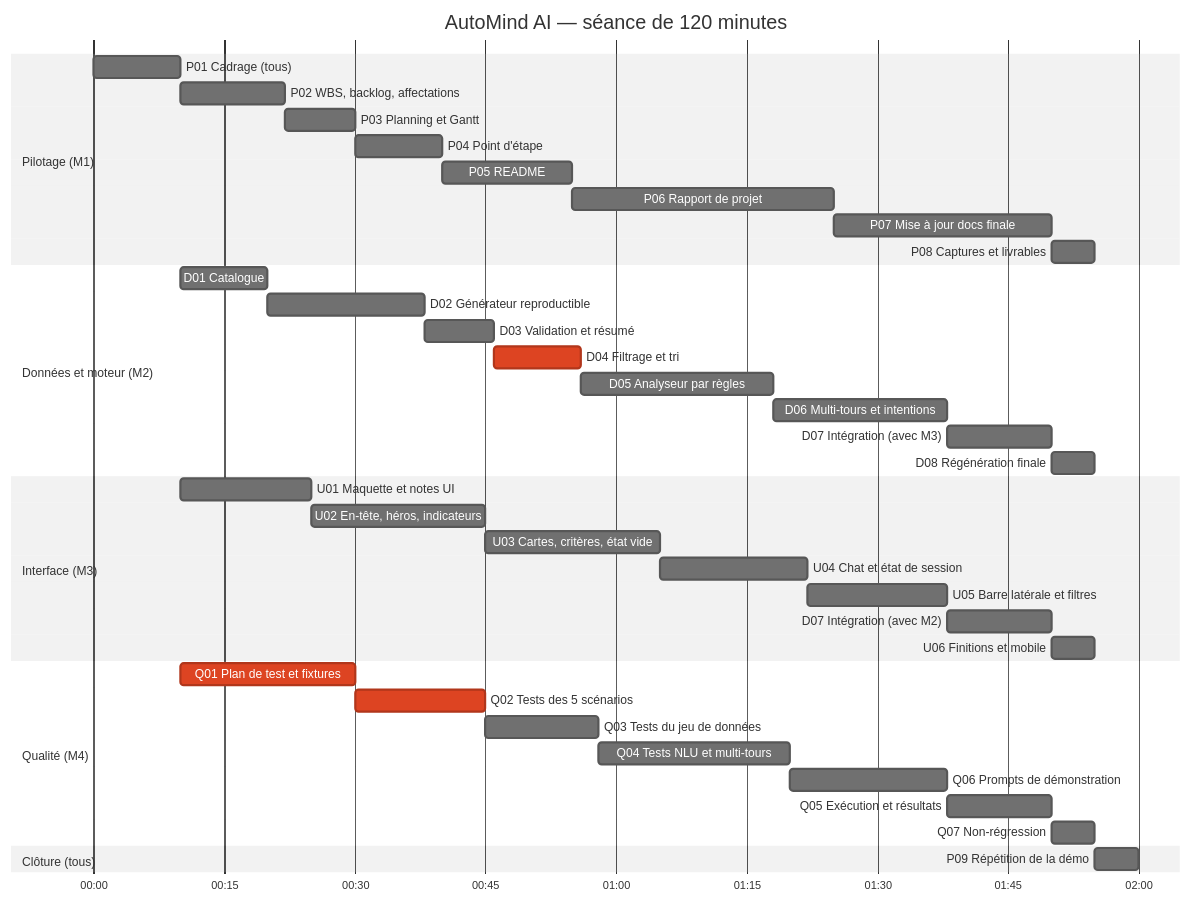
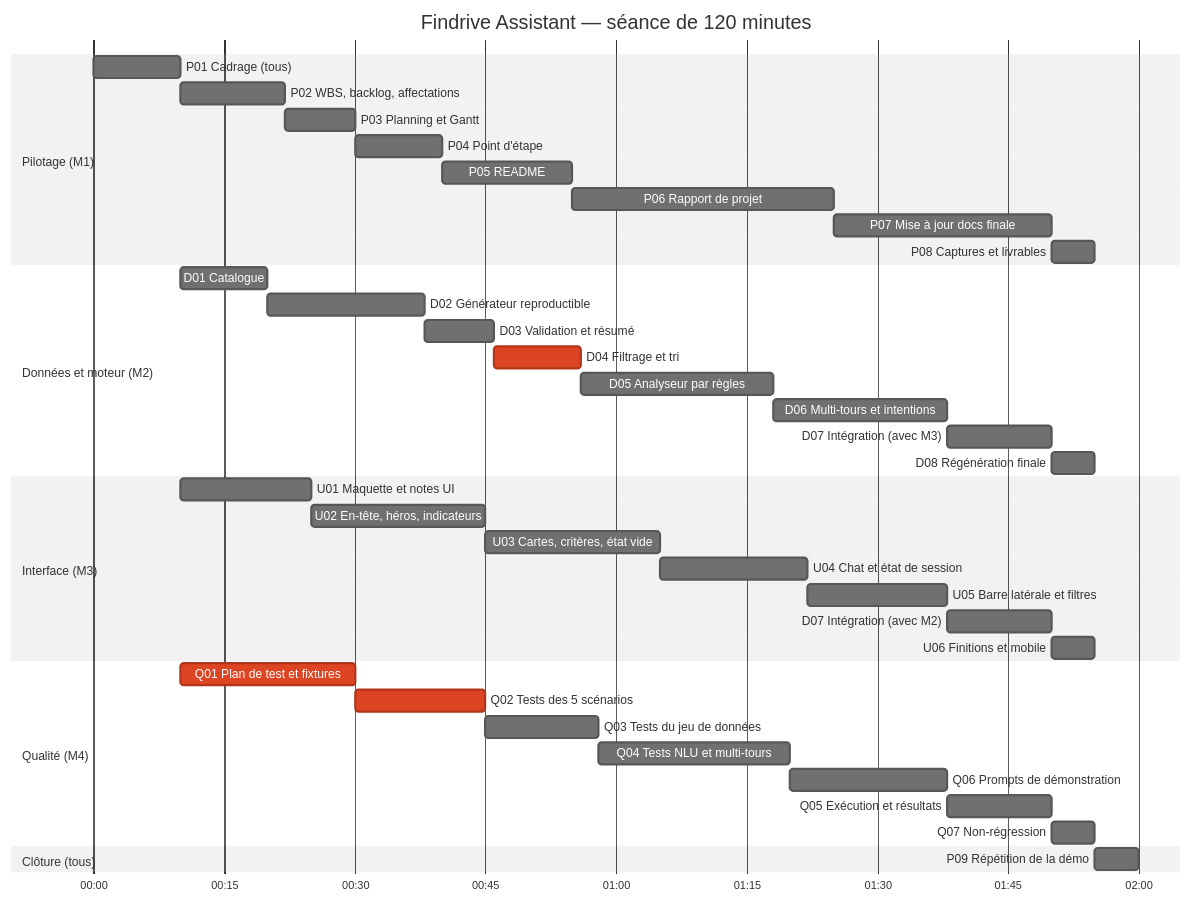
One commit to MohamedTrikii/Findrive_AI_Assistant changed the diagram in docs/management/gantt.md. Above: the diagram before and after it, drawn with Mermaid (neutral theme). The commit also changed other lines of this file and 20 other files, not shown here.

First line of the commit message:
feat(ui): adopte l'identité visuelle Findrive Assistant

````diff
--- a/docs/management/gantt.md
+++ b/docs/management/gantt.md
@@ -8,47 +8,47 @@
 ```mermaid
 gantt
-    title AutoMind AI — séance de 120 minutes
+    title Findrive Assistant — séance de 120 minutes
     dateFormat HH:mm
     axisFormat %H:%M
 
     section Pilotage (M1)
     P01 Cadrage (tous)                 :p01, 00:00, 00:10
     P02 WBS, backlog, affectations     :p02, 00:10, 00:22
     P03 Planning et Gantt              :p03, 00:22, 00:30
     P04 Point d'étape                  :p04, 00:30, 00:40
     P05 README                         :p05, 00:40, 00:55
     P06 Rapport de projet              :p06, 00:55, 01:25
     P07 Mise à jour docs finale        :p07, 01:25, 01:50
     P08 Captures et livrables          :p08, 01:50, 01:55
 
     section Données et moteur (M2)
     D01 Catalogue                      :d01, 00:10, 00:20
     D02 Générateur reproductible       :d02, 00:20, 00:38
     D03 Validation et résumé           :d03, 00:38, 00:46
     D04 Filtrage et tri                :crit, d04, 00:46, 00:56
     D05 Analyseur par règles           :d05, 00:56, 01:18
     D06 Multi-tours et intentions      :d06, 01:18, 01:38
     D07 Intégration (avec M3)          :d07, 01:38, 01:50
     D08 Régénération finale            :d08, 01:50, 01:55
 
     section Interface (M3)
     U01 Maquette et notes UI           :u01, 00:10, 00:25
     U02 En-tête, héros, indicateurs    :u02, 00:25, 00:45
     U03 Cartes, critères, état vide    :u03, 00:45, 01:05
     U04 Chat et état de session        :u04, 01:05, 01:22
     U05 Barre latérale et filtres      :u05, 01:22, 01:38
     D07 Intégration (avec M2)          :u07, 01:38, 01:50
     U06 Finitions et mobile            :u06, 01:50, 01:55
 
     section Qualité (M4)
     Q01 Plan de test et fixtures       :crit, q01, 00:10, 00:30
     Q02 Tests des 5 scénarios          :crit, q02, 00:30, 00:45
     Q03 Tests du jeu de données        :q03, 00:45, 00:58
     Q04 Tests NLU et multi-tours       :q04, 00:58, 01:20
     Q06 Prompts de démonstration       :q06, 01:20, 01:38
     Q05 Exécution et résultats         :q05, 01:38, 01:50
     Q07 Non-régression                 :q07, 01:50, 01:55
 
     section Clôture (tous)
     P09 Répétition de la démo          :p09, 01:55, 02:00
 ```
````
